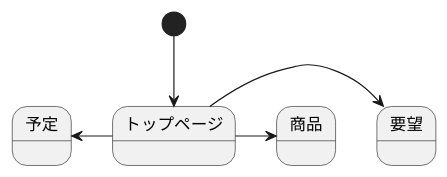
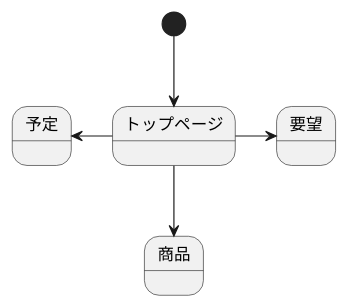
The diagram in stm01.md (Aso2001008/2021sys-design), drawn with PlantUML before and after one commit.

````diff
--- a/stm01.md
+++ b/stm01.md
@@ -2,10 +2,10 @@
 ```uml
 @startuml
 
 [*] --> トップページ
 トップページ -> 要望
 トップページ -left-> 予定
-トップページ -> 商品
+トップページ --> 商品
 
 @enduml
 ```
````
